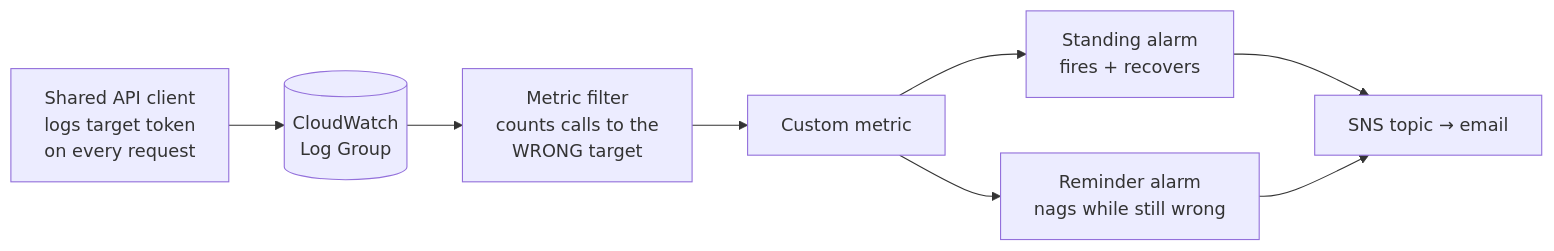
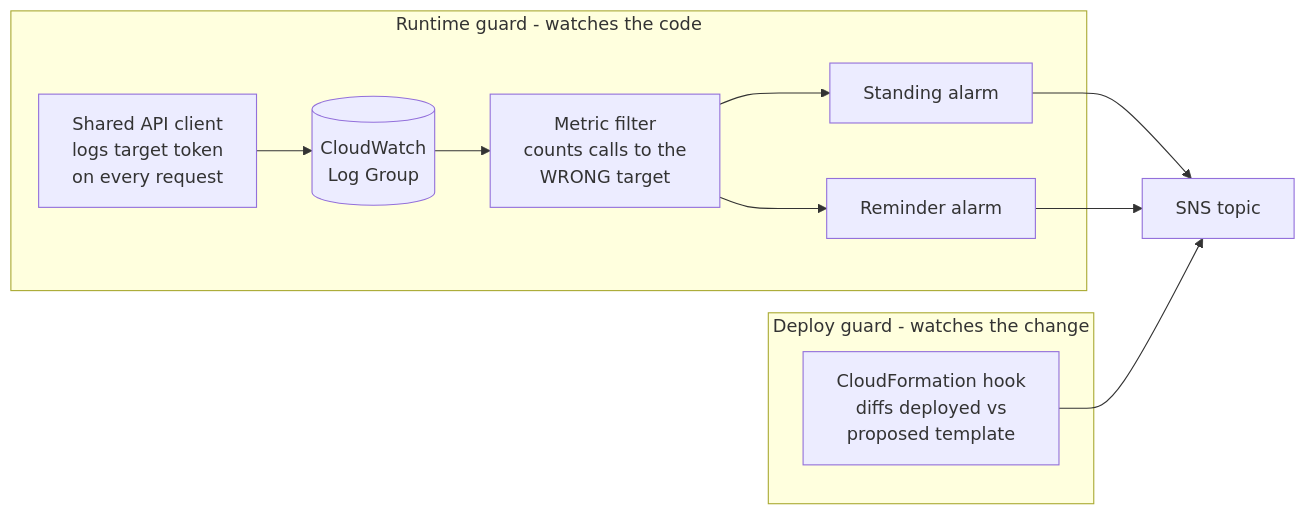
One commit to jd-solanki/skills changed the diagram in skills/aws/aws-architecture/environment-guard/ENVIRONMENT_GUARD_ARCHITECTURE.md. Above: the diagram before and after it, drawn with Mermaid. The commit also changed other lines of this file and 3 other files, not shown here.

First line of the commit message:
feat(aws-architecture): add the deploy-time layer to the environment target guard

````diff
--- a/skills/aws/aws-architecture/environment-guard/ENVIRONMENT_GUARD_ARCHITECTURE.md
+++ b/skills/aws/aws-architecture/environment-guard/ENVIRONMENT_GUARD_ARCHITECTURE.md
@@ -20,10 +22,15 @@
 ```mermaid
 flowchart LR
-    C[Shared API client<br/>logs target token<br/>on every request] --> LG[(CloudWatch<br/>Log Group)]
-    LG --> MF[Metric filter<br/>counts calls to the<br/>WRONG target]
-    MF --> M[Custom metric]
-    M --> A[Standing alarm<br/>fires + recovers]
-    M --> R[Reminder alarm<br/>nags while still wrong]
-    A --> SNS[SNS topic → email]
+    subgraph runtime [Runtime guard - watches the code]
+        C[Shared API client<br/>logs target token<br/>on every request] --> LG[(CloudWatch<br/>Log Group)]
+        LG --> MF[Metric filter<br/>counts calls to the<br/>WRONG target]
+        MF --> A[Standing alarm]
+        MF --> R[Reminder alarm]
+    end
+    subgraph deploy [Deploy guard - watches the change]
+        H[CloudFormation hook<br/>diffs deployed vs<br/>proposed template]
+    end
+    A --> SNS[SNS topic]
     R --> SNS
+    H --> SNS
 ```
````
